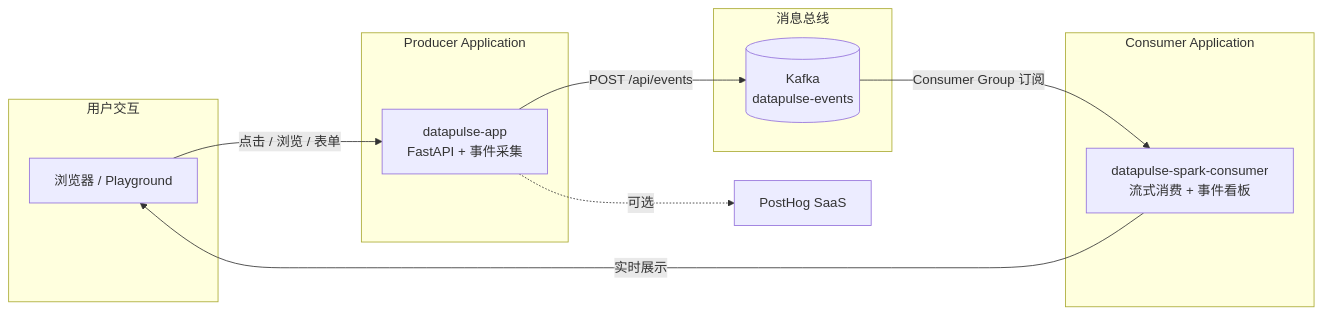
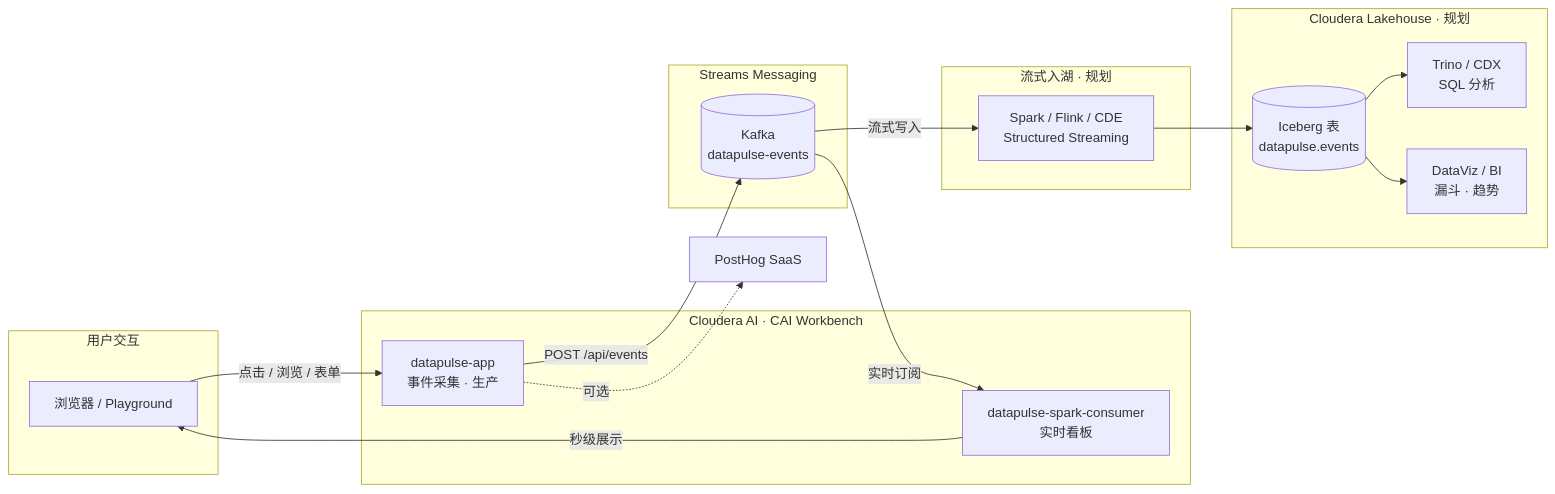
The diagram in README.md (will-sh/datapulse), drawn with Mermaid before and after one commit. The commit also changed other lines of this file, not shown here.

Commit message:
docs: add target Lakehouse architecture as final architecture in README

````diff
--- a/README.md
+++ b/README.md
@@ -7,25 +9,37 @@
 ```mermaid
 flowchart LR
     subgraph User["用户交互"]
         Browser["浏览器 / Playground"]
     end
 
-    subgraph Producer["Producer Application"]
-        App["datapulse-app<br/>FastAPI + 事件采集"]
+    subgraph CAI["Cloudera AI · CAI Workbench"]
+        Producer["datapulse-app<br/>事件采集 · 生产"]
+        Consumer["datapulse-spark-consumer<br/>实时看板"]
     end
 
-    subgraph Messaging["消息总线"]
+    subgraph CSM["Streams Messaging"]
         Kafka[("Kafka<br/>datapulse-events")]
     end
 
-    subgraph Consumer["Consumer Application"]
-        Spark["datapulse-spark-consumer<br/>流式消费 + 事件看板"]
+    subgraph Stream["流式入湖 · 规划"]
+        Ingest["Spark / Flink / CDE<br/>Structured Streaming"]
     end
 
-    Browser -->|"点击 / 浏览 / 表单"| App
-    App -->|"POST /api/events"| Kafka
-    Kafka -->|"Consumer Group 订阅"| Spark
-    Spark -->|"实时展示"| Browser
+    subgraph Lakehouse["Cloudera Lakehouse · 规划"]
+        Table[("Iceberg 表<br/>datapulse.events")]
+        SQL["Trino / CDX<br/>SQL 分析"]
+        Viz["DataViz / BI<br/>漏斗 · 趋势"]
+    end
 
-    App -.->|"可选"| PostHog["PostHog SaaS"]
+    Browser -->|"点击 / 浏览 / 表单"| Producer
+    Producer -->|"POST /api/events"| Kafka
+    Kafka -->|"实时订阅"| Consumer
+    Consumer -->|"秒级展示"| Browser
+
+    Kafka -->|"流式写入"| Ingest
+    Ingest --> Table
+    Table --> SQL
+    Table --> Viz
+
+    Producer -.->|"可选"| PostHog["PostHog SaaS"]
 ```
````
